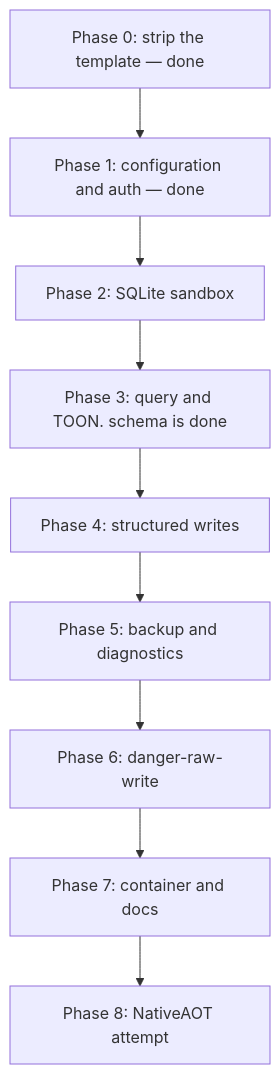
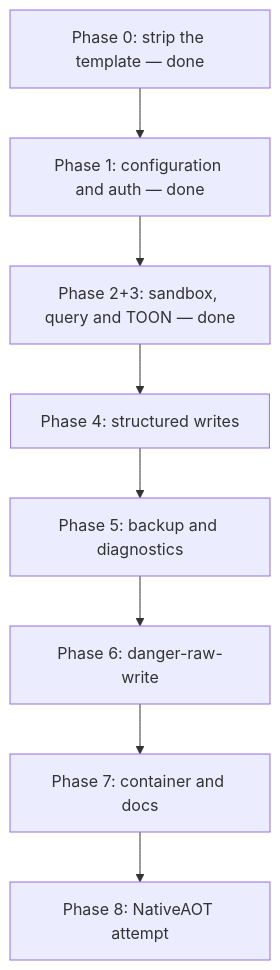
Before and after one commit to xakpc/sqlite-mcp-sidecar: the diagram in .lode/plans/mvp-roadmap.md, drawn with Mermaid. The commit also changed other lines of this file and 52 other files, not shown here.

````diff
--- a/.lode/plans/mvp-roadmap.md
+++ b/.lode/plans/mvp-roadmap.md
@@ -14,11 +14,10 @@
 ```mermaid
 flowchart TD
     p0[Phase 0: strip the template — done] --> p1[Phase 1: configuration and auth — done]
-    p1 --> p2[Phase 2: SQLite sandbox]
-    p2 --> p3[Phase 3: query and TOON. schema is done]
-    p3 --> p4[Phase 4: structured writes]
+    p1 --> p23[Phase 2+3: sandbox, query and TOON — done]
+    p23 --> p4[Phase 4: structured writes]
     p4 --> p5[Phase 5: backup and diagnostics]
     p5 --> p6[Phase 6: danger-raw-write]
     p6 --> p7[Phase 7: container and docs]
     p7 --> p8[Phase 8: NativeAOT attempt]
 ```
````
